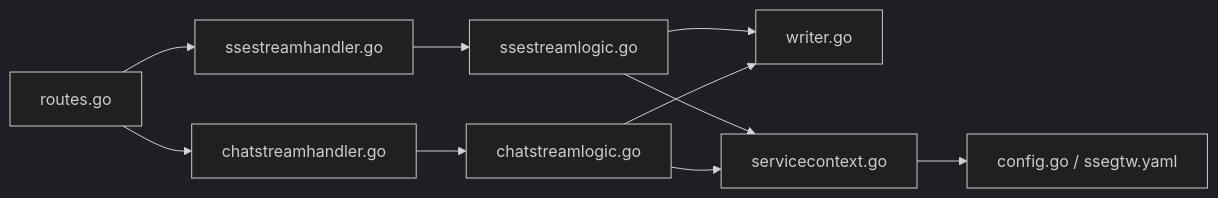
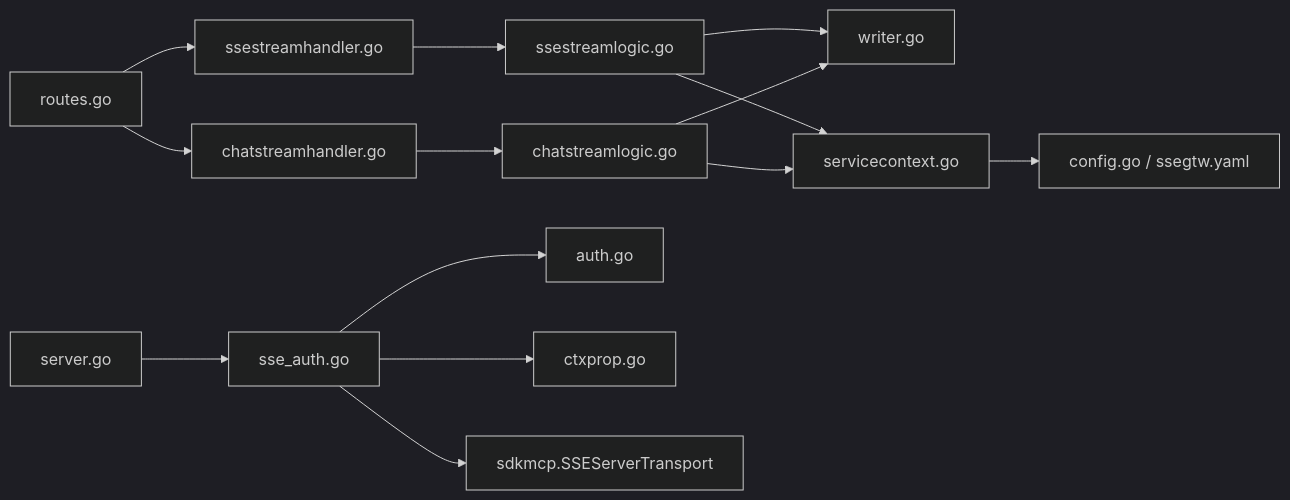
One commit to maomao94/zero-service changed diagram 11 of 11 in .qoder/repowiki/zh/content/实时通信模块/Server-Sent Events流式传输.md. Above: the diagram before and after it, drawn with Mermaid (dark theme). The commit also changed other lines of this file and 11 other files, not shown here.

````diff
--- a/.qoder/repowiki/zh/content/实时通信模块/Server-Sent Events流式传输.md
+++ b/.qoder/repowiki/zh/content/实时通信模块/Server-Sent Events流式传输.md
@@ -346,12 +492,16 @@
 ```mermaid
 graph LR
 Routes["routes.go"] --> SSEHandler["ssestreamhandler.go"]
 Routes --> ChatHandler["chatstreamhandler.go"]
 SSEHandler --> SSLogic["ssestreamlogic.go"]
 ChatHandler --> ChatLogic["chatstreamlogic.go"]
 SSLogic --> Writer["writer.go"]
 ChatLogic --> Writer
 SSLogic --> Ctx["servicecontext.go"]
 ChatLogic --> Ctx
 Ctx --> Config["config.go / ssegtw.yaml"]
+AuthHandler["sse_auth.go"] --> AuthVerifier["auth.go"]
+AuthHandler --> CtxProp["ctxprop.go"]
+AuthHandler --> SSETransport["sdkmcp.SSEServerTransport"]
+MCPConfig["server.go"] --> AuthHandler
 ```
````
